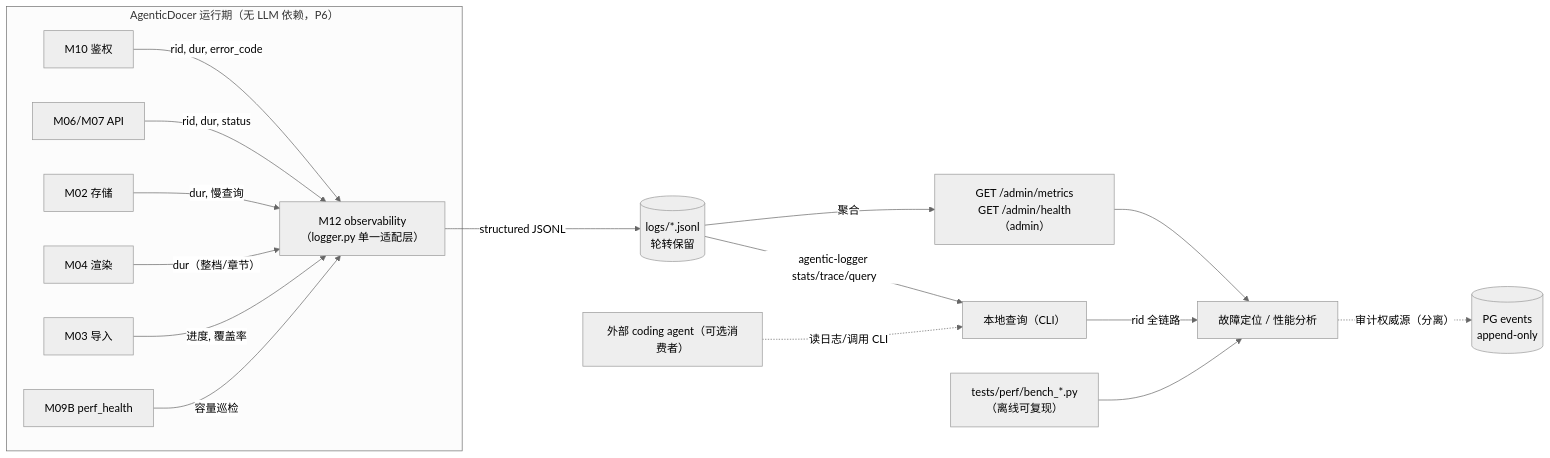
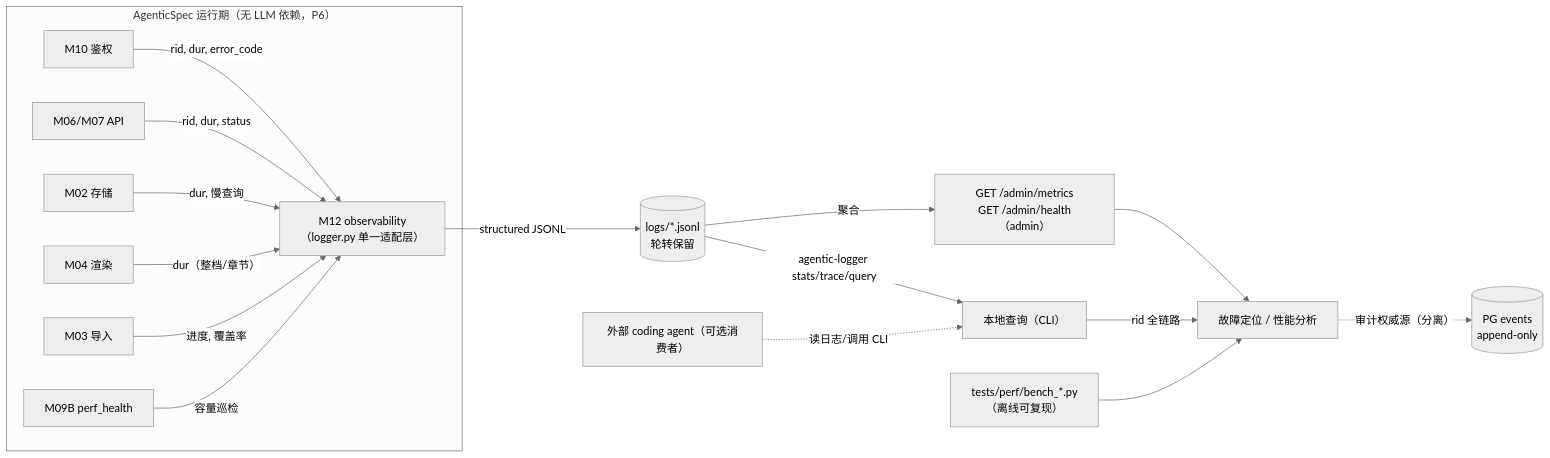
Before and after one commit to amoslee2026/AgenticDocer: the sixth of 6 diagrams in spec/arch_spec/data_flow_diagrams.md, drawn with Mermaid (neutral theme). The commit also changed other lines of this file and 241 other files, not shown here.

First line of the commit message:
rename: 项目更名 AgenticDocer → AgenticSpec

````diff
--- a/spec/arch_spec/data_flow_diagrams.md
+++ b/spec/arch_spec/data_flow_diagrams.md
@@ -140,19 +140,19 @@
 ```mermaid
 flowchart LR
-    subgraph SYS["AgenticDocer 运行期（无 LLM 依赖，P6）"]
+    subgraph SYS["AgenticSpec 运行期（无 LLM 依赖，P6）"]
         M10b["M10 鉴权"] -->|rid, dur, error_code| M12["M12 observability<br/>（logger.py 单一适配层）"]
         M06b["M06/M07 API"] -->|rid, dur, status| M12
         M02b["M02 存储"] -->|dur, 慢查询| M12
         M04b["M04 渲染"] -->|dur（整档/章节）| M12
         M03b["M03 导入"] -->|进度, 覆盖率| M12
         M09b["M09B perf_health"] -->|容量巡检| M12
     end
     M12 -->|structured JSONL| LOG[("logs/*.jsonl<br/>轮转保留")]
     LOG -->|agentic-logger stats/trace/query| Q1["本地查询（CLI）"]
     LOG -->|聚合| Q2["GET /admin/metrics<br/>GET /admin/health（admin）"]
     Q1 -->|rid 全链路| DIAG["故障定位 / 性能分析"]
     Q2 --> DIAG
     BENCH["tests/perf/bench_*.py<br/>（离线可复现）"] --> DIAG
     DIAG -.->|审计权威源（分离）| EV[("PG events<br/>append-only")]
     EXT["外部 coding agent（可选消费者）"] -.->|读日志/调用 CLI| Q1
 ```
````
